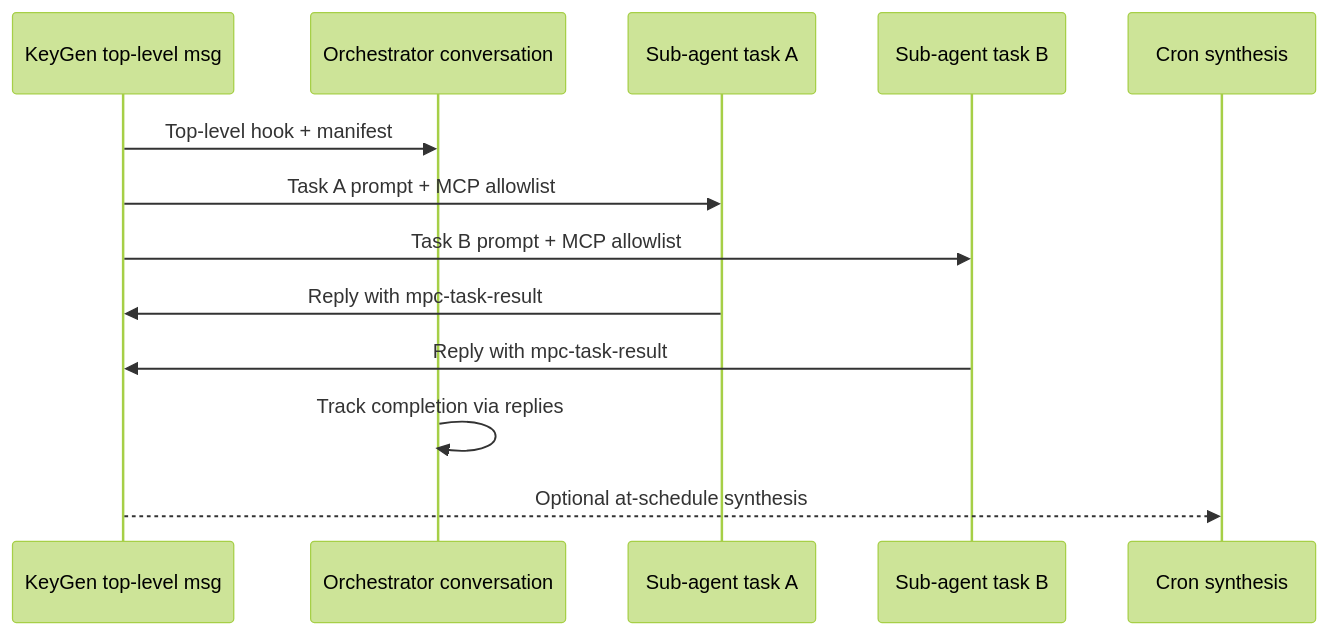
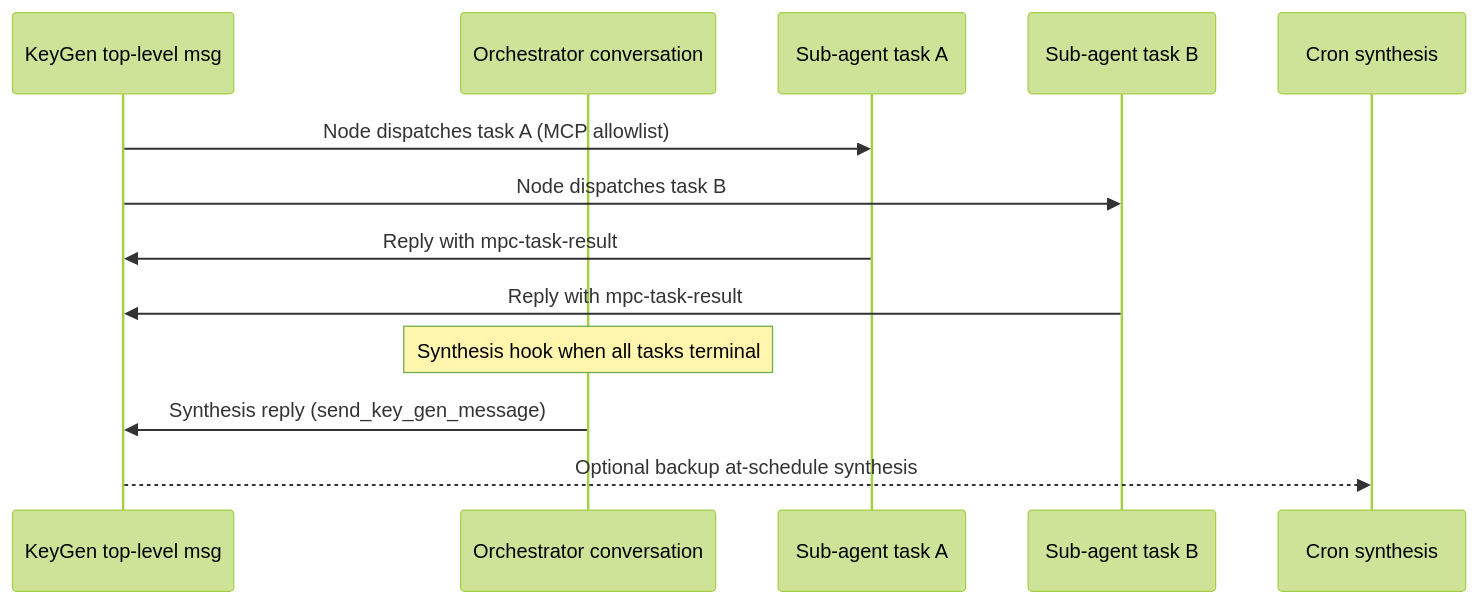
One commit to ContinuumDAO/mpc-config changed the second of 2 diagrams in docs/AGENT_HOOKS.md. Above: the diagram before and after it, drawn with Mermaid (forest theme). The commit also changed other lines of this file and 4 other files, not shown here.

````diff
--- a/docs/AGENT_HOOKS.md
+++ b/docs/AGENT_HOOKS.md
@@ -516,16 +516,16 @@
 ```mermaid
 sequenceDiagram
   participant KG as KeyGen top-level msg
   participant O as Orchestrator conversation
   participant S1 as Sub-agent task A
   participant S2 as Sub-agent task B
   participant CR as Cron synthesis
 
-  KG->>O: Top-level hook + manifest
-  KG->>S1: Task A prompt + MCP allowlist
-  KG->>S2: Task B prompt + MCP allowlist
+  KG->>S1: Node dispatches task A (MCP allowlist)
+  KG->>S2: Node dispatches task B
   S1->>KG: Reply with mpc-task-result
   S2->>KG: Reply with mpc-task-result
-  O->>O: Track completion via replies
-  KG-->>CR: Optional at-schedule synthesis
+  Note over O: Synthesis hook when all tasks terminal
+  O->>KG: Synthesis reply (send_key_gen_message)
+  KG-->>CR: Optional backup at-schedule synthesis
 ```
````
